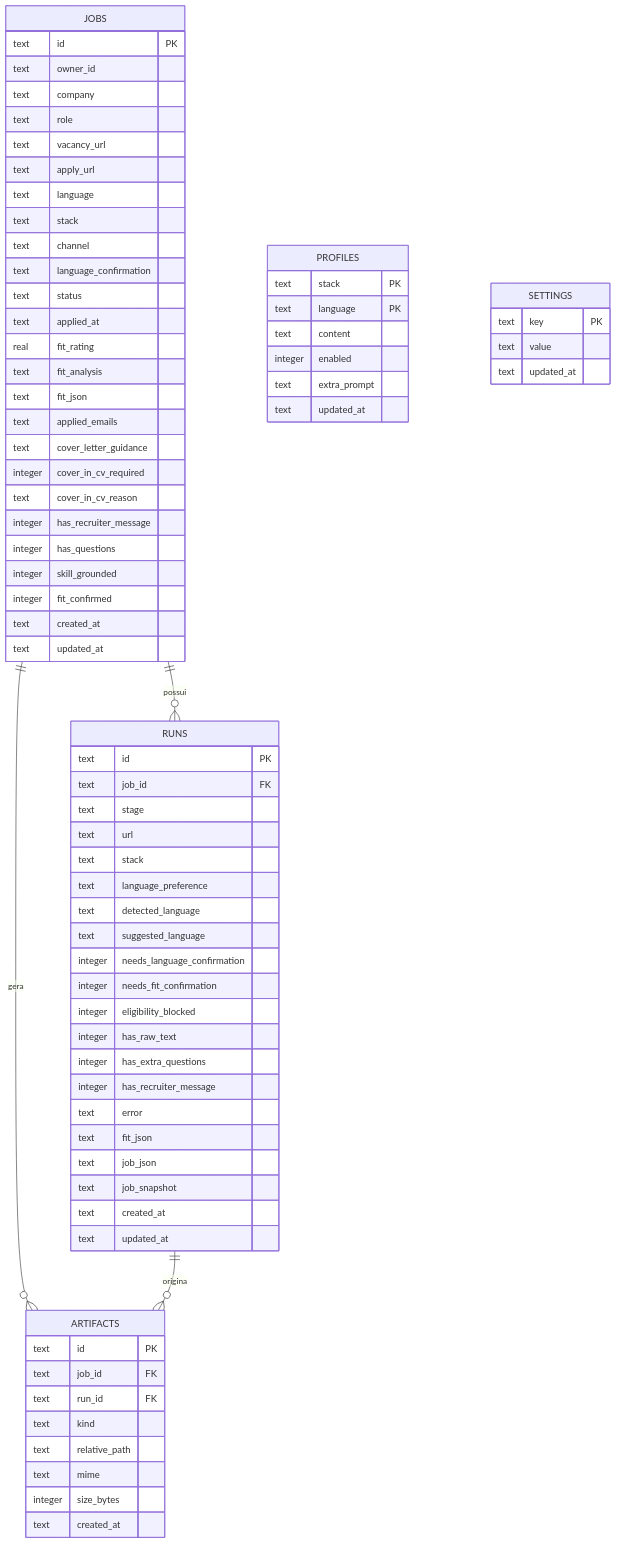
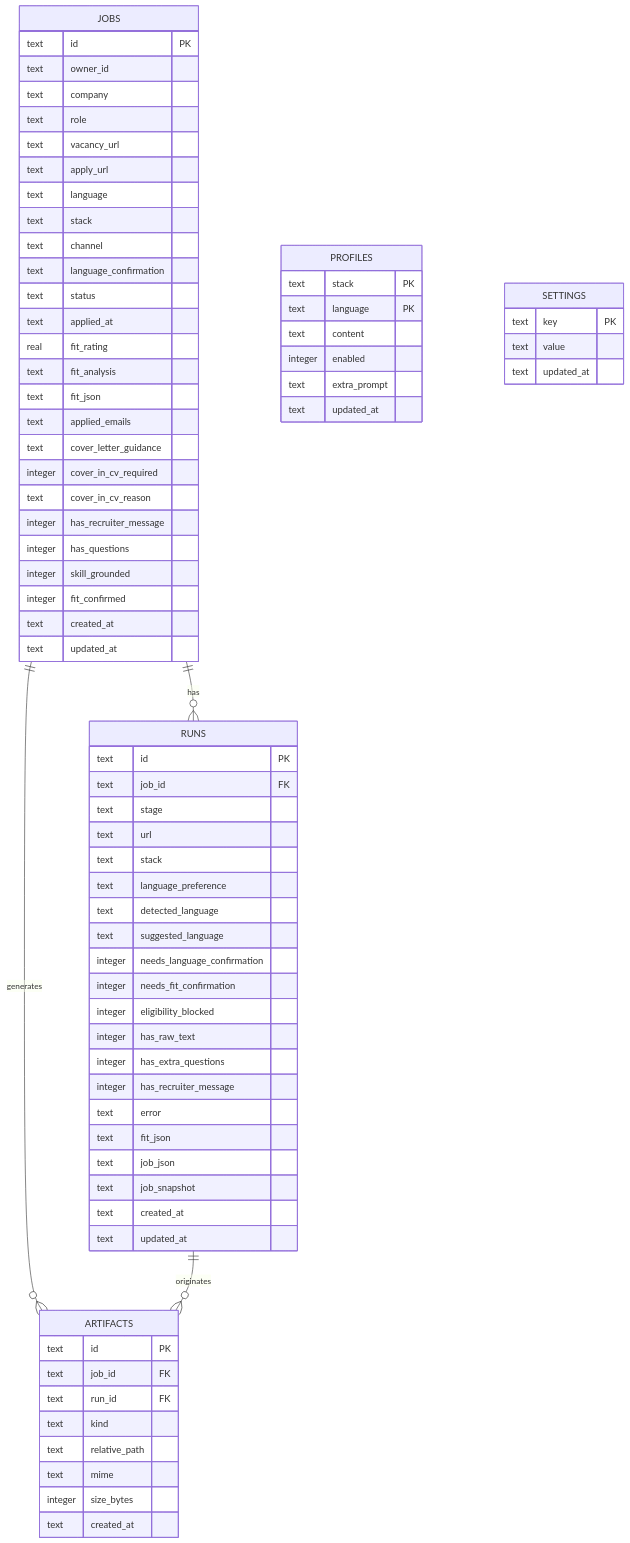
Before and after one commit to HDias/job-search: the first of 2 diagrams in docs/data-model.md, drawn with Mermaid. The commit also changed other lines of this file and 29 other files, not shown here.

````diff
--- a/docs/data-model.md
+++ b/docs/data-model.md
@@ -5,8 +5,8 @@
 ```mermaid
 erDiagram
-  JOBS ||--o{ RUNS : "possui"
-  JOBS ||--o{ ARTIFACTS : "gera"
-  RUNS ||--o{ ARTIFACTS : "origina"
+  JOBS ||--o{ RUNS : "has"
+  JOBS ||--o{ ARTIFACTS : "generates"
+  RUNS ||--o{ ARTIFACTS : "originates"
 
   JOBS {
     text id PK
````
